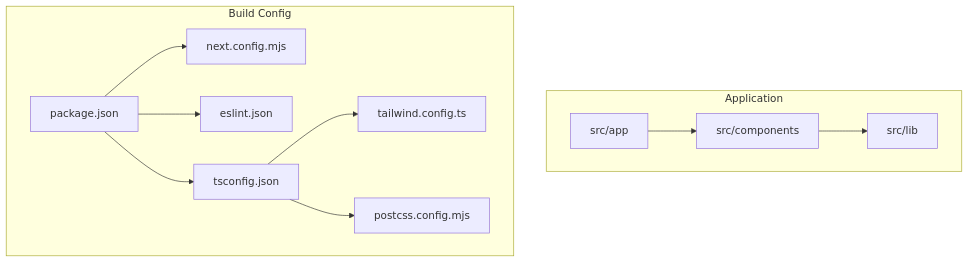
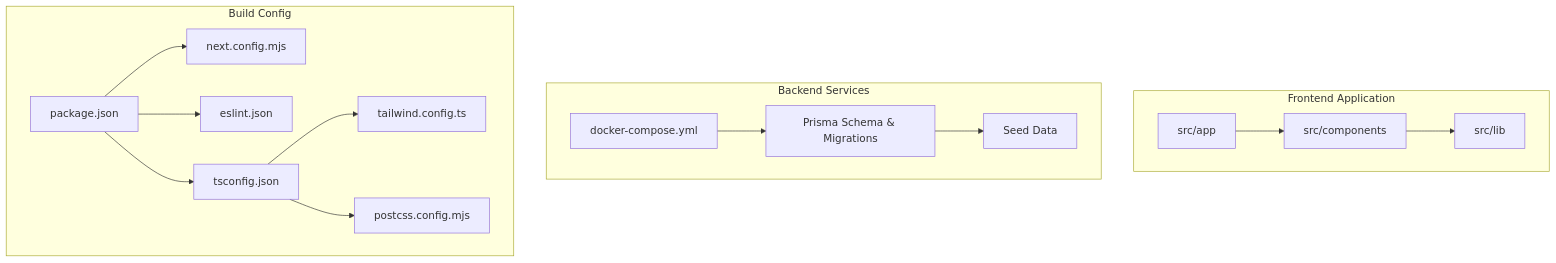
Before and after one commit to Hoshino-wind/ai-interview-platform: the first of 6 diagrams in .qoder/repowiki/en/content/Build and Deployment.md, drawn with Mermaid. The commit also changed other lines of this file and 5 other files, not shown here.

````diff
--- a/.qoder/repowiki/en/content/Build and Deployment.md
+++ b/.qoder/repowiki/en/content/Build and Deployment.md
@@ -42,23 +61,30 @@
 ```mermaid
 graph TB
-subgraph "Application"
+subgraph "Frontend Application"
 APP["src/app"]
 COMP["src/components"]
 LIB["src/lib"]
+end
+subgraph "Backend Services"
+DOCKER["docker-compose.yml"]
+PRISMA["Prisma Schema & Migrations"]
+SEED["Seed Data"]
 end
 subgraph "Build Config"
 PKG["package.json"]
 NEXT["next.config.mjs"]
 TSC["tsconfig.json"]
 ESL["eslint.json"]
 TWC["tailwind.config.ts"]
 PC["postcss.config.mjs"]
 end
 APP --> COMP
 COMP --> LIB
 PKG --> NEXT
 PKG --> ESL
 PKG --> TSC
 TSC --> TWC
 TSC --> PC
+DOCKER --> PRISMA
+PRISMA --> SEED
 ```
````
